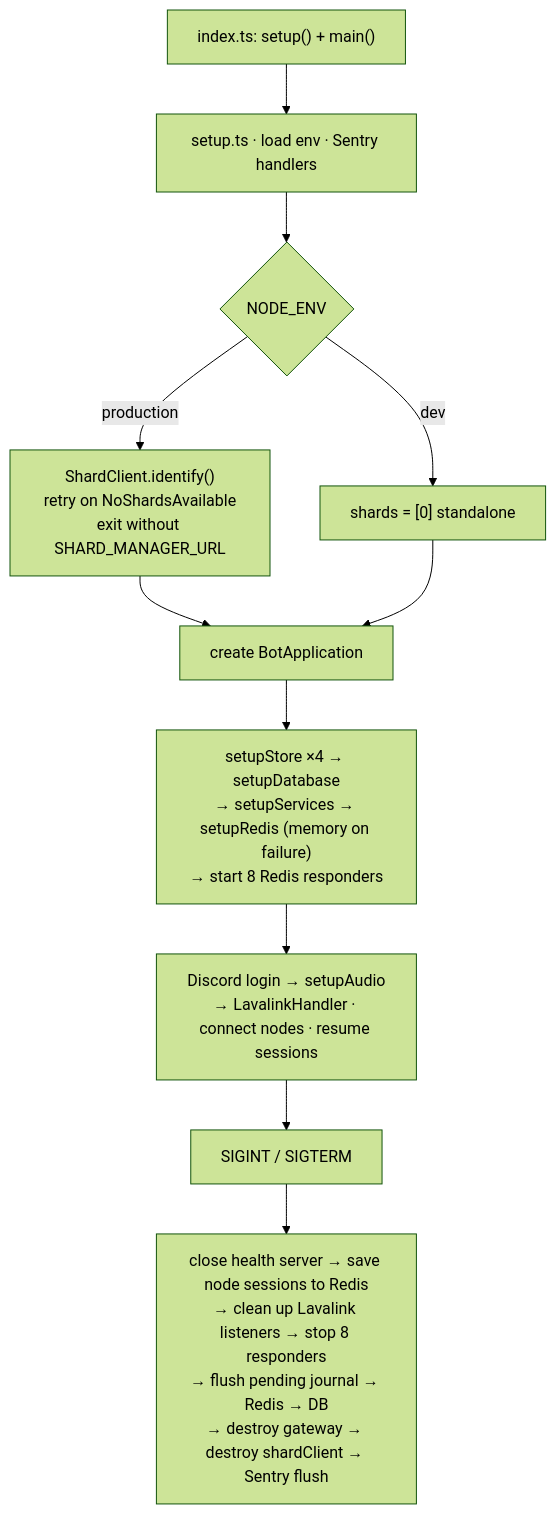
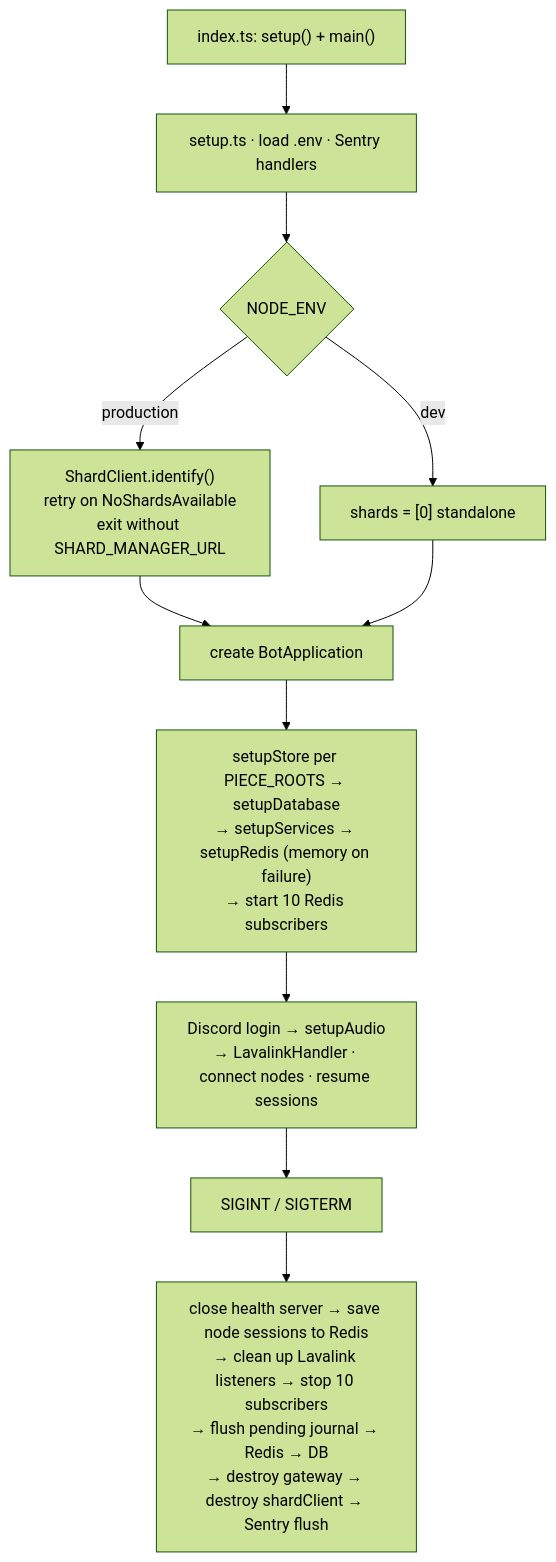
One commit to mochilabs/SiruBOT changed the tenth of 10 diagrams in docs/architecture.md. Above: the diagram before and after it, drawn with Mermaid (forest theme). The commit also changed other lines of this file and 8 other files, not shown here.

````diff
--- a/docs/architecture.md
+++ b/docs/architecture.md
@@ -452,13 +460,13 @@
 ```mermaid
 flowchart TD
-    A["index.ts: setup() + main()"] --> B["setup.ts · load env · Sentry handlers"]
+    A["index.ts: setup() + main()"] --> B["setup.ts · load .env · Sentry handlers"]
     B --> C{"NODE_ENV"}
     C -->|production| D["ShardClient.identify()<br/>retry on NoShardsAvailable<br/>exit without SHARD_MANAGER_URL"]
     C -->|dev| E["shards = [0] standalone"]
     D --> F["create BotApplication"]
     E --> F
-    F --> G["setupStore ×4 → setupDatabase<br/>→ setupServices → setupRedis (memory on failure)<br/>→ start 8 Redis responders"]
+    F --> G["setupStore per PIECE_ROOTS → setupDatabase<br/>→ setupServices → setupRedis (memory on failure)<br/>→ start 10 Redis subscribers"]
     G --> H["Discord login → setupAudio<br/>→ LavalinkHandler · connect nodes · resume sessions"]
     H --> I["SIGINT / SIGTERM"]
-    I --> N["close health server → save node sessions to Redis<br/>→ clean up Lavalink listeners → stop 8 responders<br/>→ flush pending journal → Redis → DB<br/>→ destroy gateway → destroy shardClient → Sentry flush"]
+    I --> N["close health server → save node sessions to Redis<br/>→ clean up Lavalink listeners → stop 10 subscribers<br/>→ flush pending journal → Redis → DB<br/>→ destroy gateway → destroy shardClient → Sentry flush"]
 ```
````
